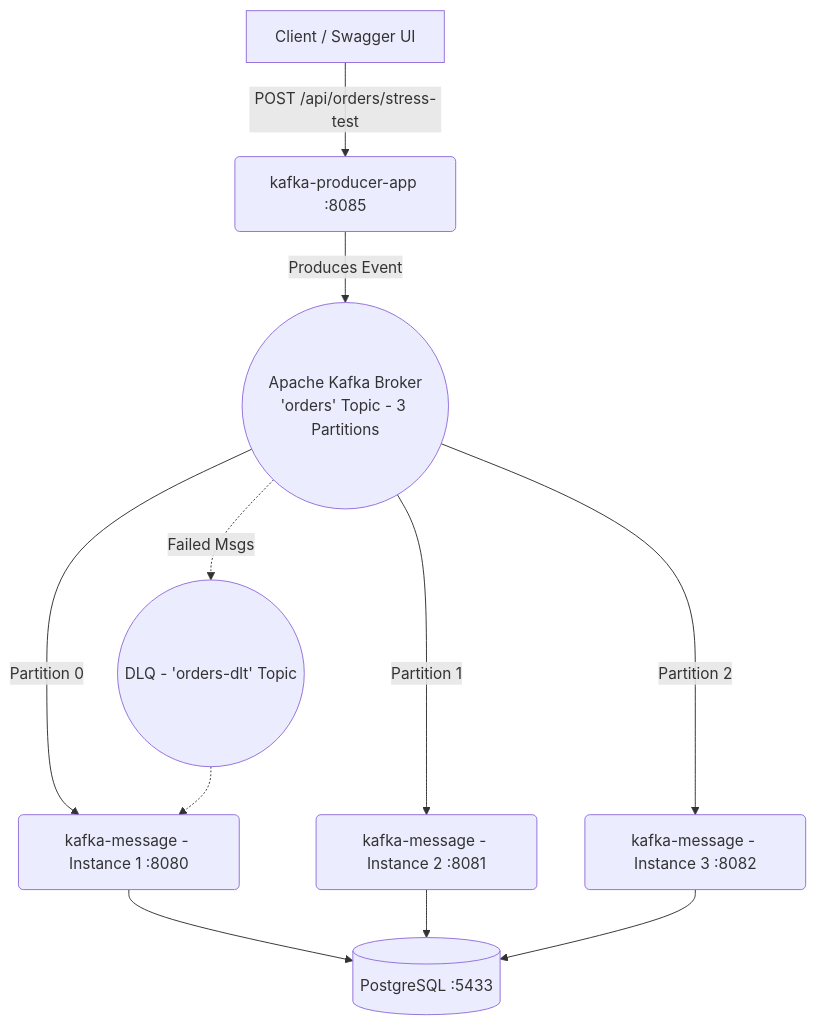
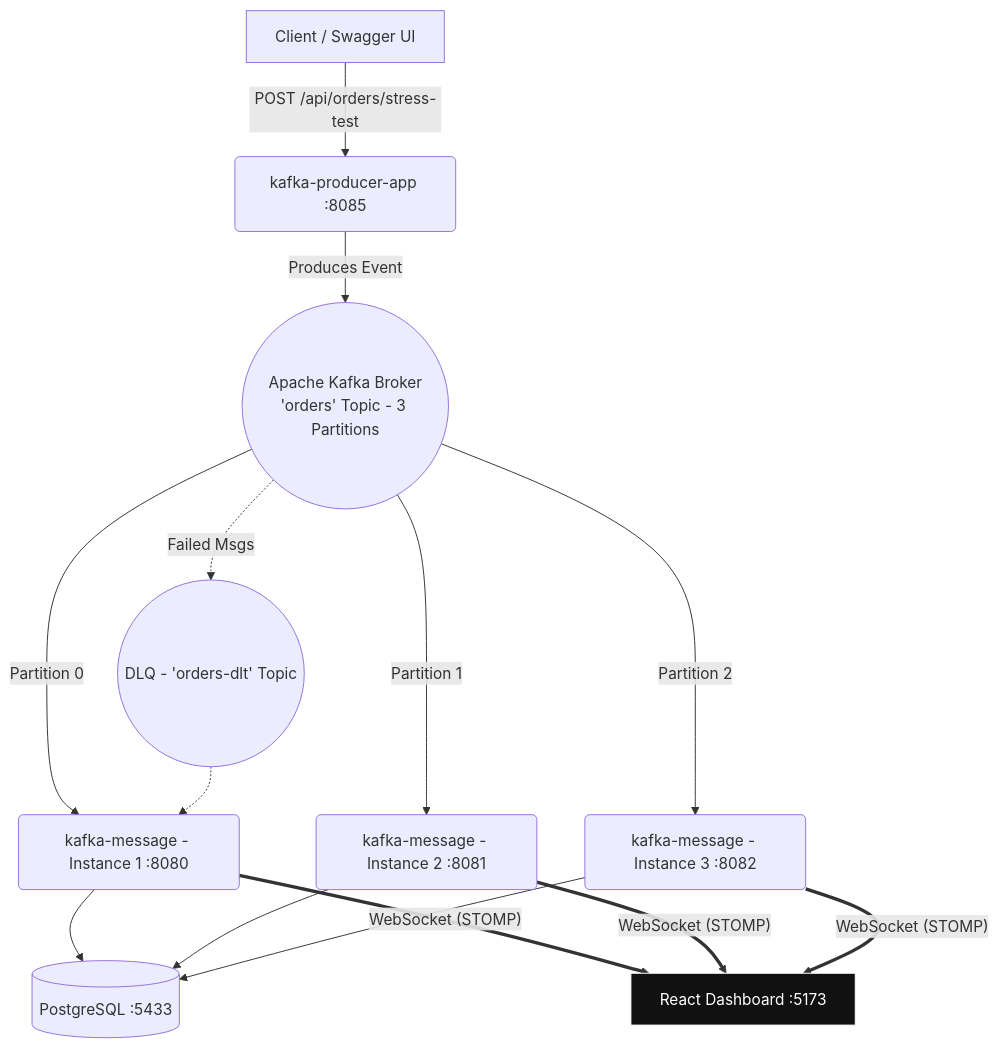
The diagram in README.md (yigittozdemirr/kafka-to-db), drawn with Mermaid before and after one commit. The commit also changed other lines of this file and 31 other files, not shown here.

````diff
--- a/README.md
+++ b/README.md
@@ -18,17 +18,22 @@
 ```mermaid
 graph TD
     CLIENT[Client / Swagger UI] -->|POST /api/orders/stress-test| PRODUCER(kafka-producer-app :8085)
     
     PRODUCER -->|Produces Event| KAFKA((Apache Kafka Broker\n'orders' Topic - 3 Partitions))
     
     KAFKA -->|Partition 0| APP1(kafka-message - Instance 1 :8080)
     KAFKA -->|Partition 1| APP2(kafka-message - Instance 2 :8081)
     KAFKA -->|Partition 2| APP3(kafka-message - Instance 3 :8082)
     
     APP1 --> DB[(PostgreSQL :5433)]
     APP2 --> DB
     APP3 --> DB
     
     KAFKA -.->|Failed Msgs| DLQ((DLQ - 'orders-dlt' Topic))
     DLQ -.-> APP1
+
+    APP1 == "WebSocket (STOMP)" ==> DASHBOARD[React Dashboard :5173]
+    APP2 == "WebSocket (STOMP)" ==> DASHBOARD
+    APP3 == "WebSocket (STOMP)" ==> DASHBOARD
+    style DASHBOARD fill:#111,stroke:#fff,color:#fff
 ```
````
